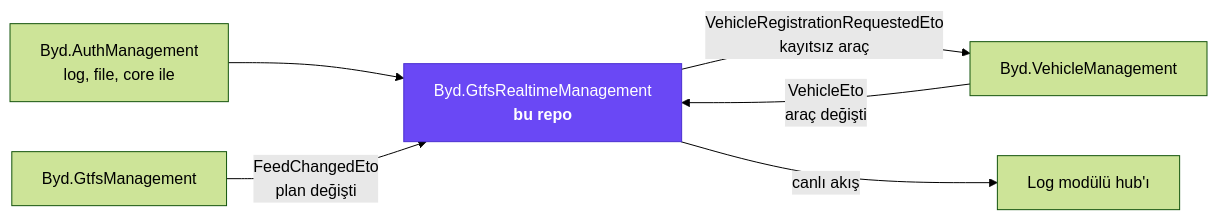
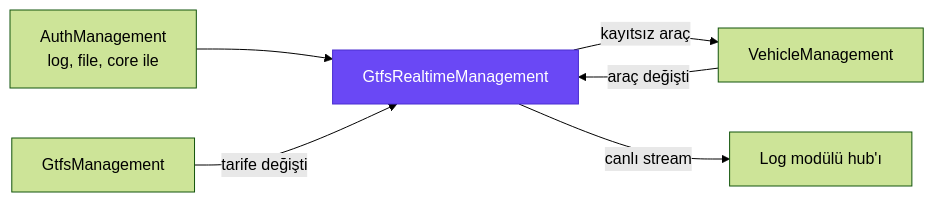
The first of 3 diagrams in README.md (mertbyd/byd-gtfs-realtime-management-api), drawn with Mermaid (forest theme) before and after one commit. The commit also changed other lines of this file, not shown here.

````diff
--- a/README.md
+++ b/README.md
@@ -29,9 +7,9 @@
 ```mermaid
 flowchart LR
-    AUTH[Byd.AuthManagement<br/>log, file, core ile] --> RT[Byd.GtfsRealtimeManagement<br/><b>bu repo</b>]
-    GTFS[Byd.GtfsManagement] -- "FeedChangedEto<br/>plan değişti" --> RT
-    VEH[Byd.VehicleManagement] -- "VehicleEto<br/>araç değişti" --> RT
-    RT -- "VehicleRegistrationRequestedEto<br/>kayıtsız araç" --> VEH
-    RT -- "canlı akış" --> LOG[Log modülü hub'ı]
+    AUTH[AuthManagement<br/>log, file, core ile] --> RT[GtfsRealtimeManagement]
+    GTFS[GtfsManagement] -- "tarife değişti" --> RT
+    VEH[VehicleManagement] -- "araç değişti" --> RT
+    RT -- "kayıtsız araç" --> VEH
+    RT -- "canlı stream" --> LOG[Log modülü hub'ı]
     style RT fill:#6a48f5,color:#fff,stroke:#4a2fd0
 ```
````
